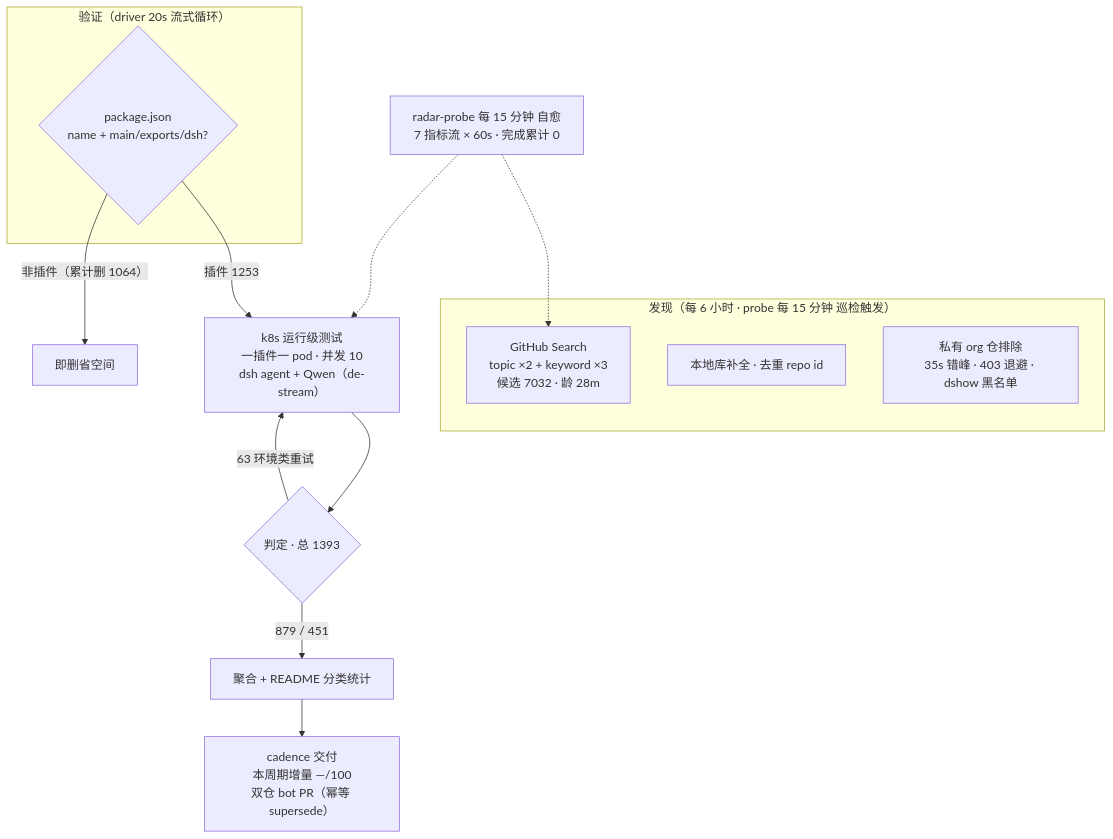
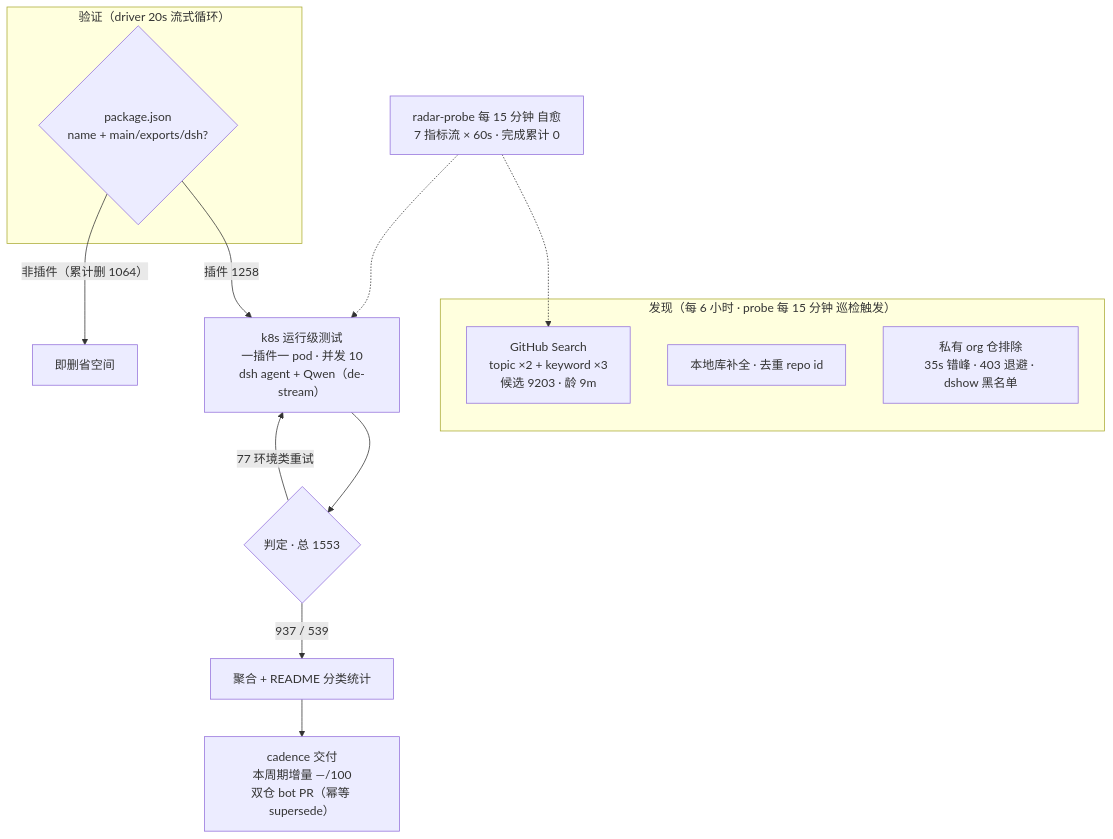
Before and after one commit to Zhidao-Lab-OSS/awesome-dsh-plugins: the diagram in README.md, drawn with Mermaid. The commit also changed other lines of this file and 1 other file, not shown here.

````diff
--- a/README.md
+++ b/README.md
@@ -30,19 +30,19 @@
 ```mermaid
 flowchart TB
     subgraph Discovery[" 发现（每 6 小时 · probe 每 15 分钟 巡检触发）"]
-        A1["GitHub Search<br/>topic ×2 + keyword ×3<br/>候选 7032 · 龄 28m"]
+        A1["GitHub Search<br/>topic ×2 + keyword ×3<br/>候选 9203 · 龄 9m"]
         A2["本地库补全 · 去重 repo id"]
         A3[" 私有 org 仓排除<br/>35s 错峰 · 403 退避 · dshow 黑名单"]
     end
     subgraph Validation[" 验证（driver 20s 流式循环）"]
         B1{"package.json<br/>name + main/exports/dsh?"}
     end
-    B1 -->|"插件 1253"| C1["k8s 运行级测试<br/>一插件一 pod · 并发 10<br/>dsh agent + Qwen（de-stream）"]
+    B1 -->|"插件 1258"| C1["k8s 运行级测试<br/>一插件一 pod · 并发 10<br/>dsh agent + Qwen（de-stream）"]
     B1 -->|"非插件（累计删 1064）"| B3[" 即删省空间"]
-    C1 --> D1{"判定 · 总 1393"}
-    D1 -->|" 879 /  451"| E1["聚合 + README 分类统计"]
-    D1 -->|" 63 环境类重试"| C1
+    C1 --> D1{"判定 · 总 1553"}
+    D1 -->|" 937 /  539"| E1["聚合 + README 分类统计"]
+    D1 -->|" 77 环境类重试"| C1
     E1 --> E2["cadence 交付<br/>本周期增量 —/100<br/>双仓 bot PR（幂等 supersede）"]
     M[" radar-probe 每 15 分钟 自愈<br/>7 指标流 × 60s · 完成累计 0"] -.-> A1
     M -.-> C1
 ```
````
